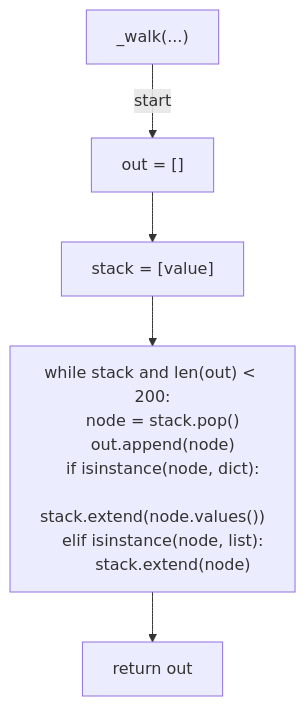
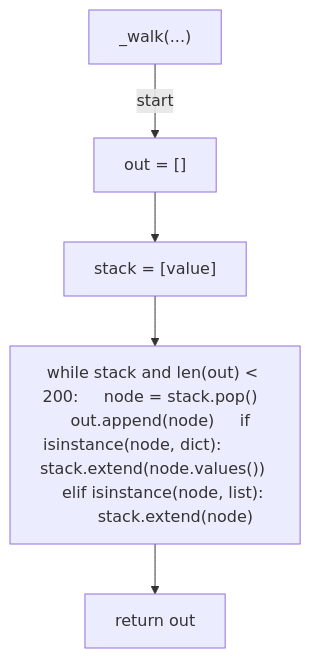
The first of 5 diagrams in docs/generated/scripts/ast/post_merge_retro_append.md (tvna/claude-md), drawn with Mermaid before and after one commit. The commit also changed other lines of this file and 30 other files, not shown here.

First line of the commit message:
docs(generated): regenerate decision tree and workflow diagrams (batch 2/5)

````diff
--- a/docs/generated/scripts/ast/post_merge_retro_append.md
+++ b/docs/generated/scripts/ast/post_merge_retro_append.md
@@ -7,18 +7,12 @@
 ```mermaid
 flowchart TD
     N001["_walk(...)"]
     N002["out = []"]
     N003["stack = [value]"]
-    N004["while stack and len(out) < 200:
-    node = stack.pop()
-    out.append(node)
-    if isinstance(node, dict):
-        stack.extend(node.values())
-    elif isinstance(node, list):
-        stack.extend(node)"]
+    N004["while stack and len(out) < 200:     node = stack.pop()     out.append(node)     if isinstance(node, dict):         stack.extend(node.values())     elif isinstance(node, list):         stack.extend(node)"]
     N005["return out"]
     N001 -->|"start"| N002
     N002 --> N003
     N003 --> N004
     N004 --> N005
 ```
````
